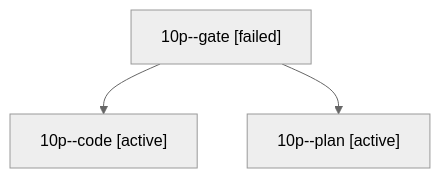
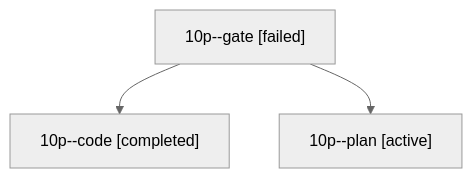
Before and after one commit to bobs-org/bob-cli--agents: the diagram in sessions/bbugyi200.athena.10p.md, drawn with Mermaid (neutral theme). The commit also changed other lines of this file and 16 other files, not shown here.

````diff
--- a/sessions/bbugyi200.athena.10p.md
+++ b/sessions/bbugyi200.athena.10p.md
@@ -9,8 +9,8 @@
 ```mermaid
 flowchart TD
   n0["10p--gate [failed]"]
-  n1["10p--code [active]"]
+  n1["10p--code [completed]"]
   n0 --> n1
   n2["10p--plan [active]"]
   n0 --> n2
 ```
````
